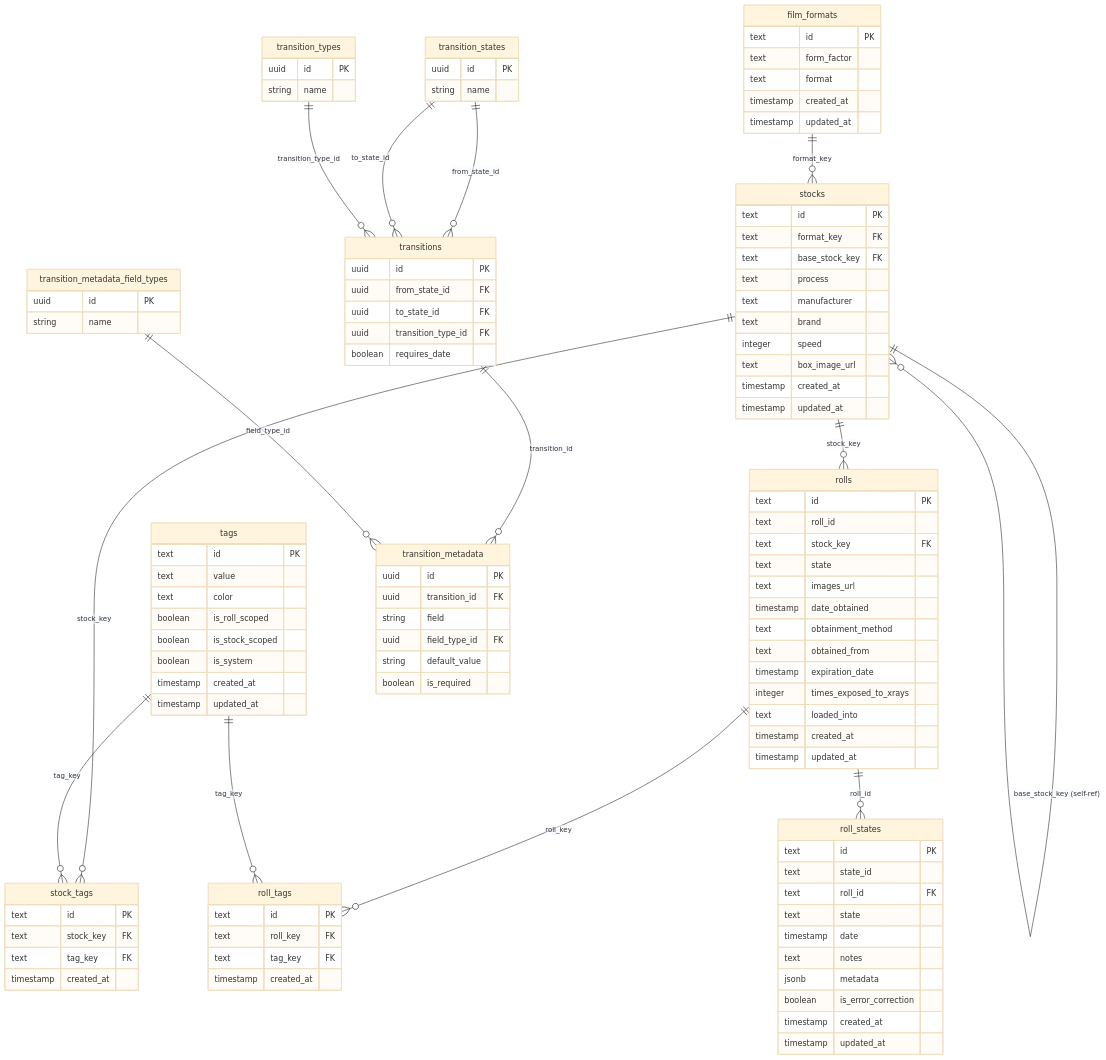
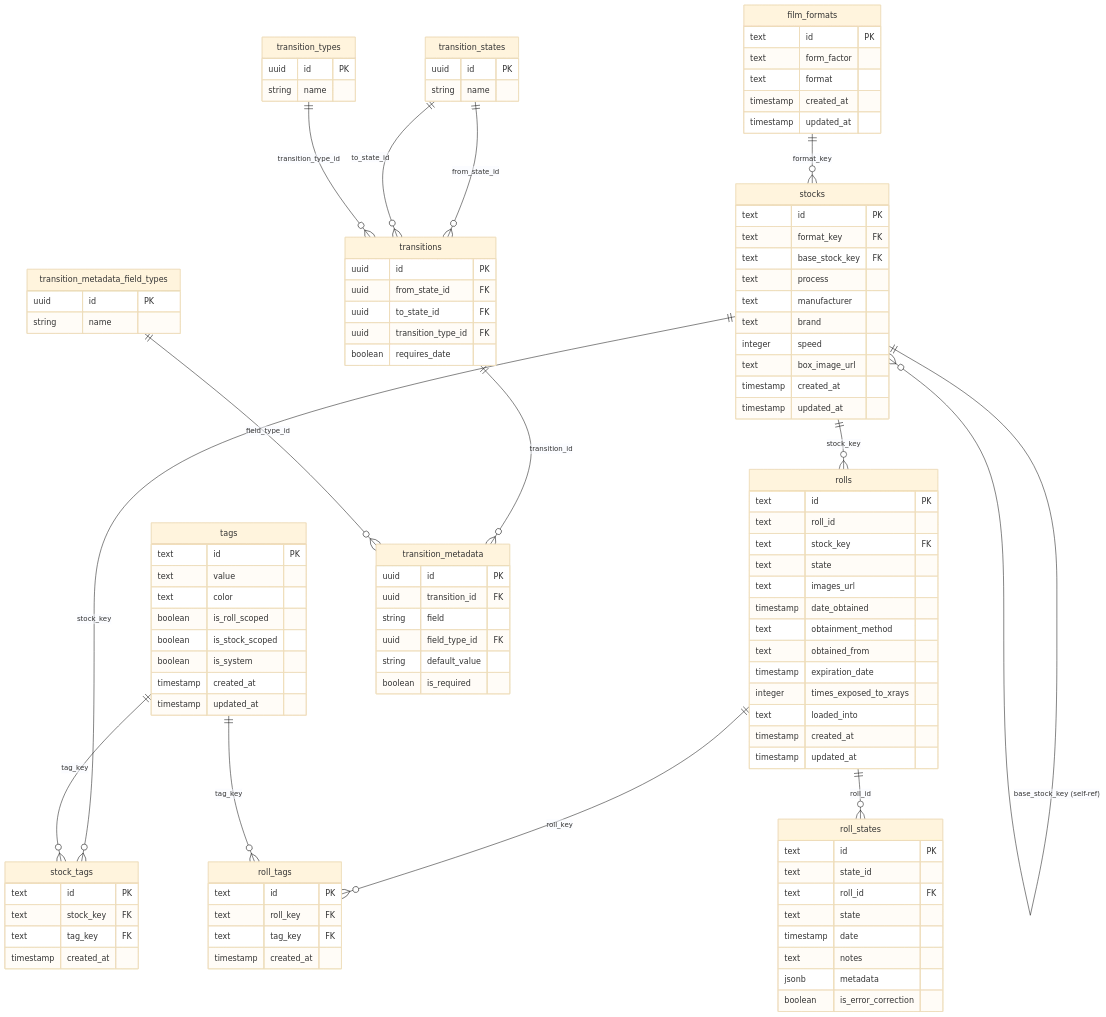
The diagram in docs/entity-relationship.md (SpikeShotThis/frollz), drawn with Mermaid (base theme) before and after one commit. The commit also changed 4 other files, not shown here.

```diff
--- a/docs/entity-relationship.md
+++ b/docs/entity-relationship.md
@@ -68,8 +68,6 @@
         text notes
         jsonb metadata
         boolean is_error_correction
-        timestamp created_at
-        timestamp updated_at
     }
 
     roll_tags {
```
